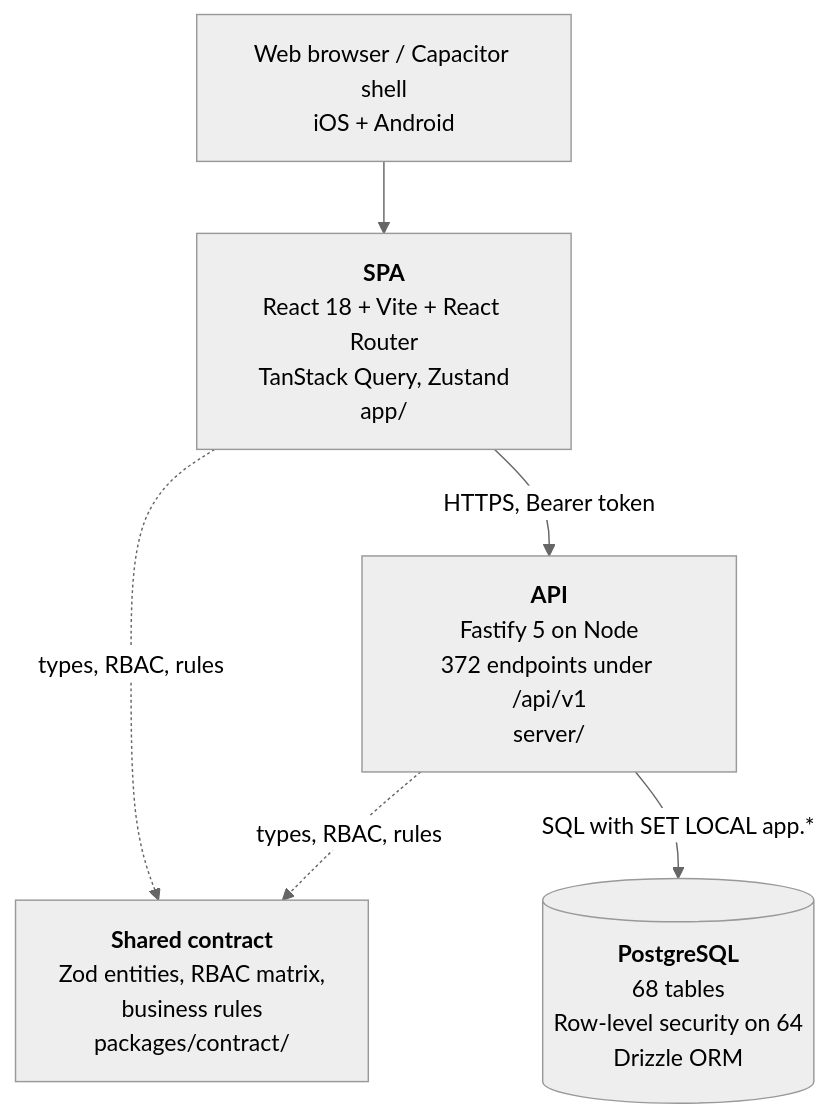
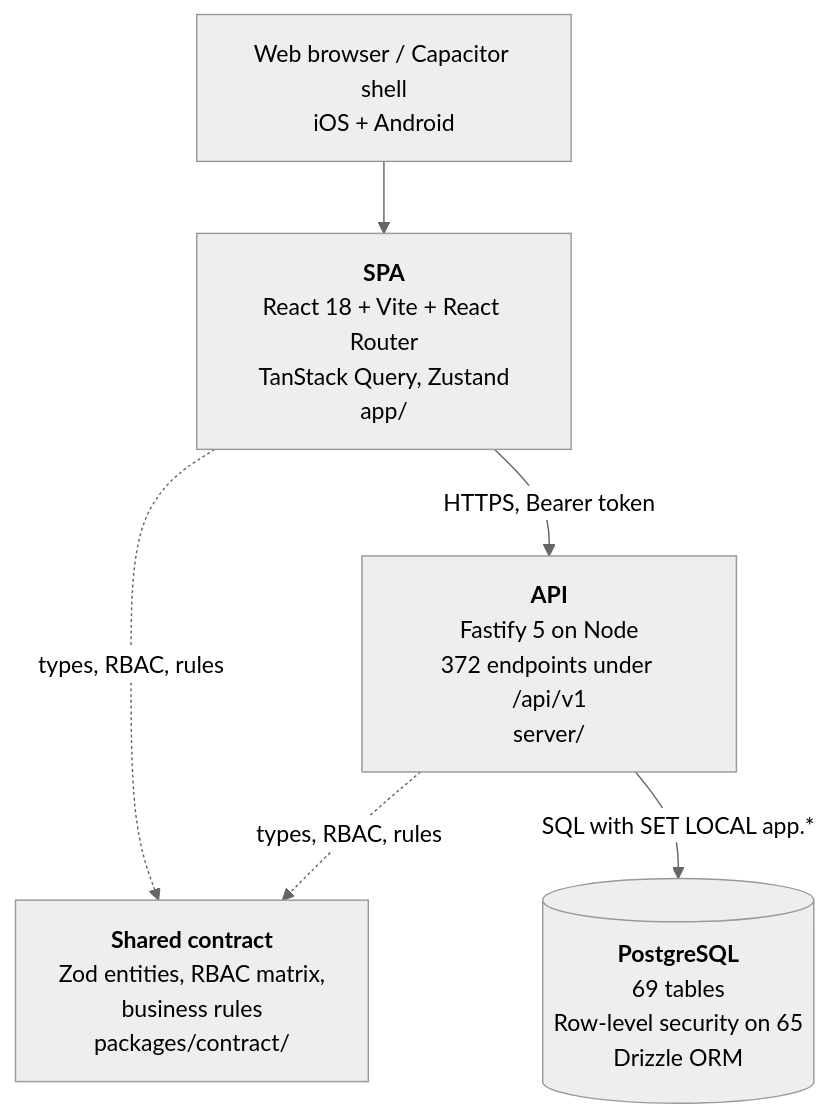
Before and after one commit to tazamohd/SlClNe: the second of 4 diagrams in docs/15_C4_ARCHITECTURE_DIAGRAMS/C4_MODEL.md, drawn with Mermaid (neutral theme). The commit also changed other lines of this file and 141 other files, not shown here.

````diff
--- a/docs/15_C4_ARCHITECTURE_DIAGRAMS/C4_MODEL.md
+++ b/docs/15_C4_ARCHITECTURE_DIAGRAMS/C4_MODEL.md
@@ -42,13 +42,13 @@
 ```mermaid
 flowchart TB
   browser["Web browser / Capacitor shell<br/>iOS + Android"]
   spa["<b>SPA</b><br/>React 18 + Vite + React Router<br/>TanStack Query, Zustand<br/>app/"]
   api["<b>API</b><br/>Fastify 5 on Node<br/>372 endpoints under /api/v1<br/>server/"]
   contract["<b>Shared contract</b><br/>Zod entities, RBAC matrix,<br/>business rules<br/>packages/contract/"]
-  db[("<b>PostgreSQL</b><br/>68 tables<br/>Row-level security on 64<br/>Drizzle ORM")]
+  db[("<b>PostgreSQL</b><br/>69 tables<br/>Row-level security on 65<br/>Drizzle ORM")]
   browser --> spa
   spa -->|"HTTPS, Bearer token"| api
   spa -.->|"types, RBAC, rules"| contract
   api -.->|"types, RBAC, rules"| contract
   api -->|"SQL with SET LOCAL app.*"| db
 ```
````
